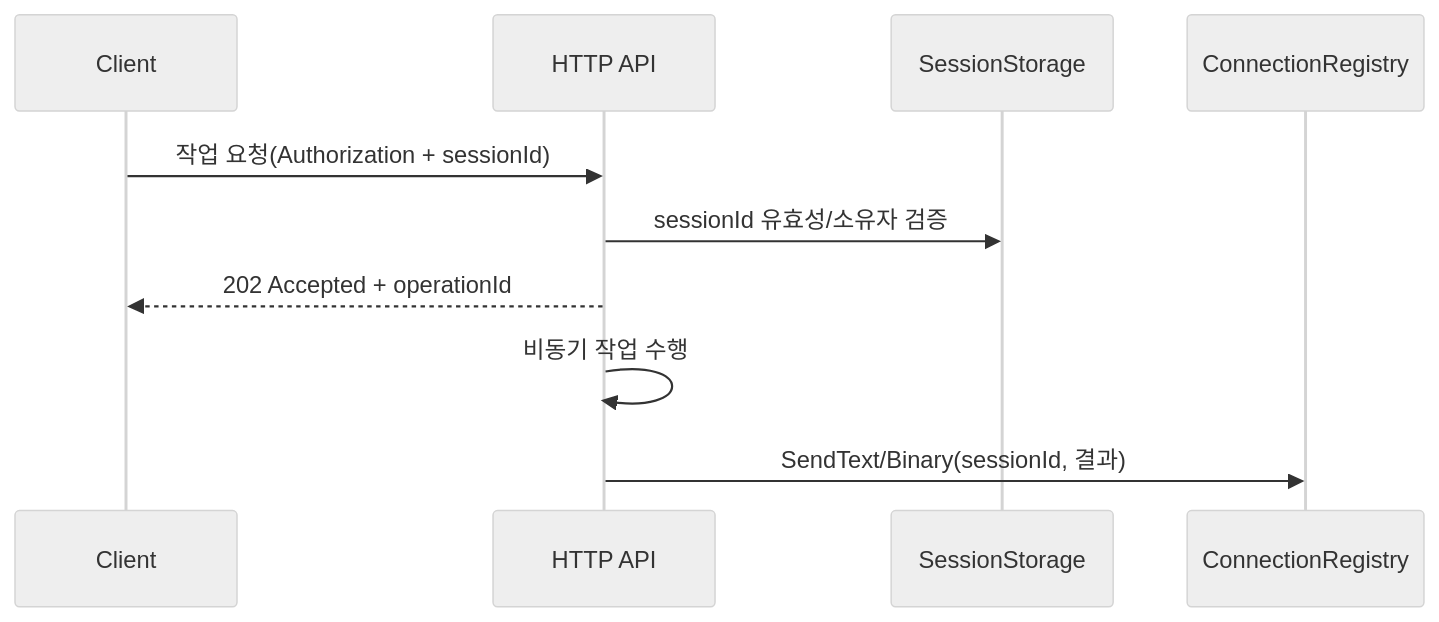
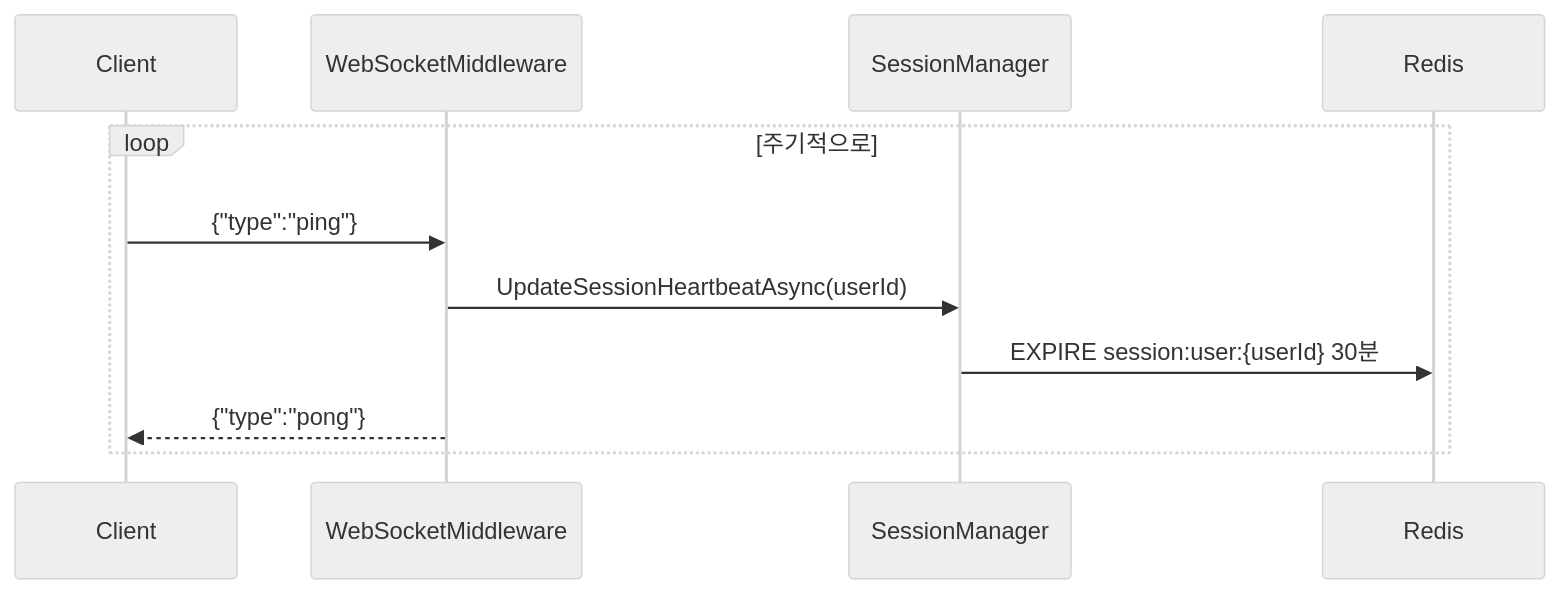
One commit to ProjectVG/ProjectVG-Server changed the second of 4 diagrams in docs/architecture/websocket_connection_management.md. Above: the diagram before and after it, drawn with Mermaid (neutral theme). The commit also changed other lines of this file and 2 other files, not shown here.

First line of the commit message:
docs: WebSocket 및 Chat 시스템 문서 업데이트

````diff
--- a/docs/architecture/websocket_connection_management.md
+++ b/docs/architecture/websocket_connection_management.md
@@ -79,13 +145,14 @@
 ```mermaid
 sequenceDiagram
   participant Client
-  participant API as HTTP API
-  participant SS as SessionStorage
-  participant Reg as ConnectionRegistry
+  participant MW as WebSocketMiddleware
+  participant SM as SessionManager
+  participant Redis
 
-  Client->>API: 작업 요청(Authorization + sessionId)
-  API->>SS: sessionId 유효성/소유자 검증
-  API-->>Client: 202 Accepted + operationId
-  API->>API: 비동기 작업 수행
-  API->>Reg: SendText/Binary(sessionId, 결과)
+  loop 주기적으로
+    Client->>MW: {"type":"ping"}
+    MW->>SM: UpdateSessionHeartbeatAsync(userId)
+    SM->>Redis: EXPIRE session:user:{userId} 30분
+    MW-->>Client: {"type":"pong"}
+  end
 ```
````
